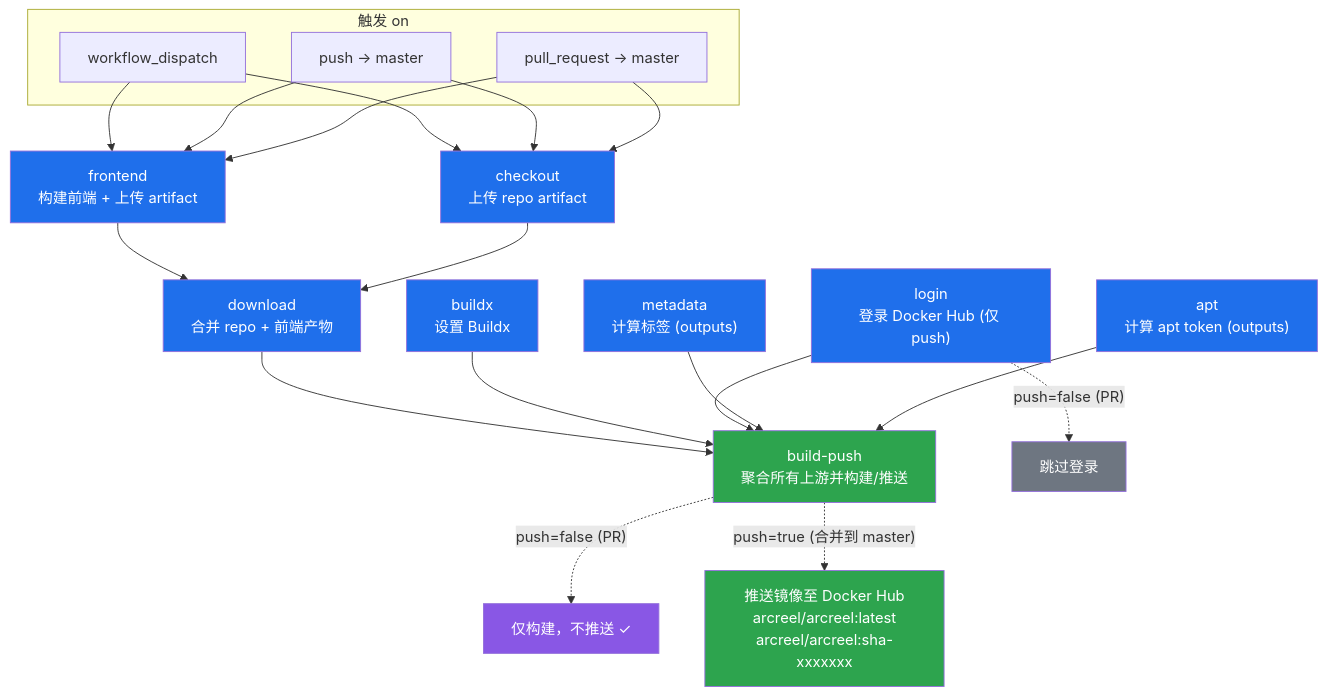
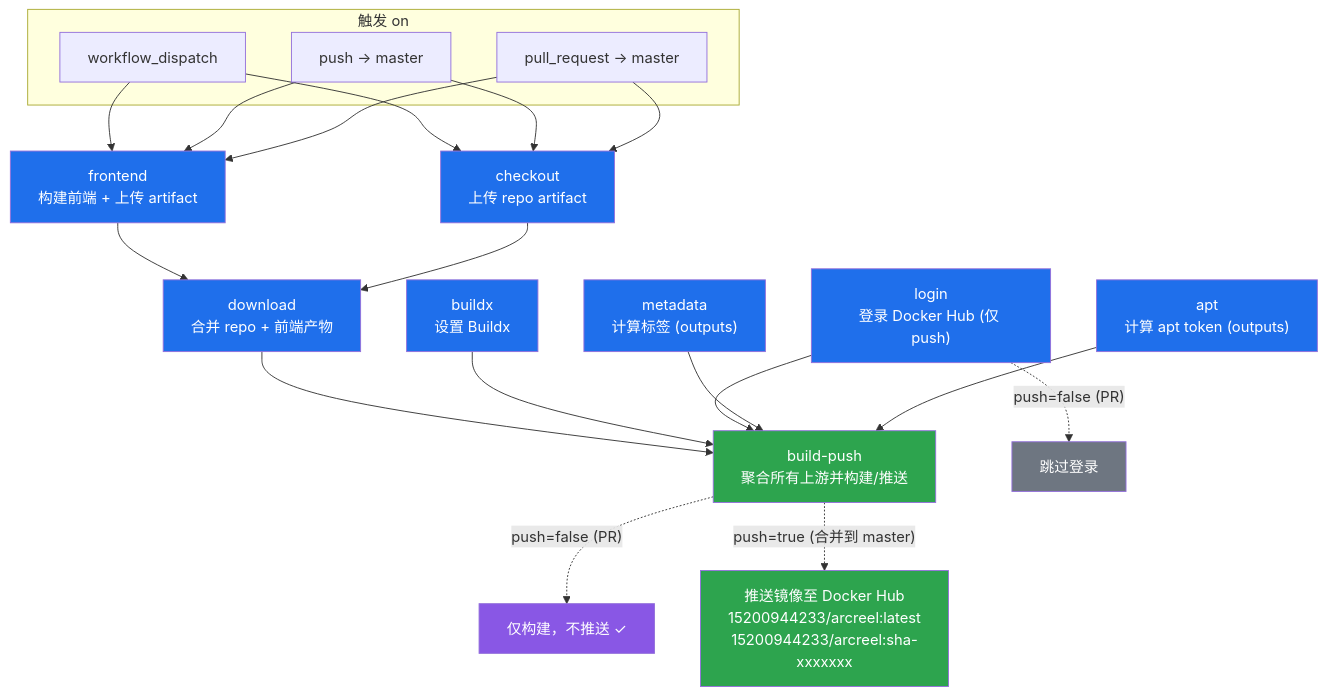
One commit to myvivk/ArcReel-main changed the diagram in .github/workflows/docker-build.md. Above: the diagram before and after it, drawn with Mermaid. The commit also changed 3 other files, not shown here.

Commit message:
chore(ci): use Docker Hub username 15200944233 image namespace

````diff
--- a/.github/workflows/docker-build.md
+++ b/.github/workflows/docker-build.md
@@ -5,48 +5,48 @@
 ```mermaid
 flowchart TD
     subgraph TRIG["触发 on"]
         T1["workflow_dispatch"]
         T2["push → master"]
         T3["pull_request → master"]
     end
 
     T1 --> JF
     T2 --> JF
     T3 --> JF
     T1 --> JC
     T2 --> JC
     T3 --> JC
 
     JF["frontend<br/>构建前端 + 上传 artifact"]
     JC["checkout<br/>上传 repo artifact"]
     JD["download<br/>合并 repo + 前端产物"]
     JB["buildx<br/>设置 Buildx"]
     JL["login<br/>登录 Docker Hub (仅 push)"]
     JM["metadata<br/>计算标签 (outputs)"]
     JA["apt<br/>计算 apt token (outputs)"]
     JP["build-push<br/>聚合所有上游并构建/推送"]
 
     JF --> JD
     JC --> JD
     JD --> JP
     JB --> JP
     JL --> JP
     JM --> JP
     JA --> JP
 
     JL -. "push=false (PR)" .-> Skip["跳过登录"]
     JP -. "push=false (PR)" .-> N["仅构建，不推送 ✓"]
-    JP -. "push=true (合并到 master)" .-> P["推送镜像至 Docker Hub<br/>arcreel/arcreel:latest<br/>arcreel/arcreel:sha-xxxxxxx"]
+    JP -. "push=true (合并到 master)" .-> P["推送镜像至 Docker Hub<br/>15200944233/arcreel:latest<br/>15200944233/arcreel:sha-xxxxxxx"]
 
     style JF fill:#1f6feb,color:#fff
     style JC fill:#1f6feb,color:#fff
     style JD fill:#1f6feb,color:#fff
     style JB fill:#1f6feb,color:#fff
     style JL fill:#1f6feb,color:#fff
     style JM fill:#1f6feb,color:#fff
     style JA fill:#1f6feb,color:#fff
     style JP fill:#2da44e,color:#fff
     style P fill:#2da44e,color:#fff
     style N fill:#8957e5,color:#fff
     style Skip fill:#6e7681,color:#fff
 ```
````
